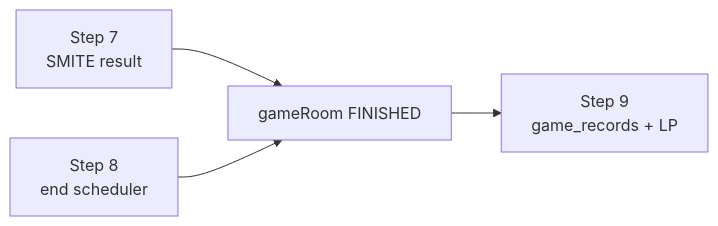
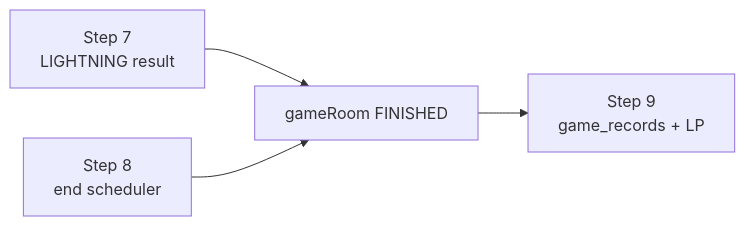
The second of 5 diagrams in docs/antigravity/backend/issue-50-game-end-scheduler-settlement.md (moonwhistle/League-of-Star), drawn with Mermaid before and after one commit. The commit also changed other lines of this file and 70 other files, not shown here.

````diff
--- a/docs/antigravity/backend/issue-50-game-end-scheduler-settlement.md
+++ b/docs/antigravity/backend/issue-50-game-end-scheduler-settlement.md
@@ -63,6 +63,6 @@
 ```mermaid
 flowchart LR
-    A[Step 7<br/>SMITE result] --> C[gameRoom FINISHED]
+    A[Step 7<br/>LIGHTNING result] --> C[gameRoom FINISHED]
     B[Step 8<br/>end scheduler] --> C
     C --> D[Step 9<br/>game_records + LP]
 ```
````
